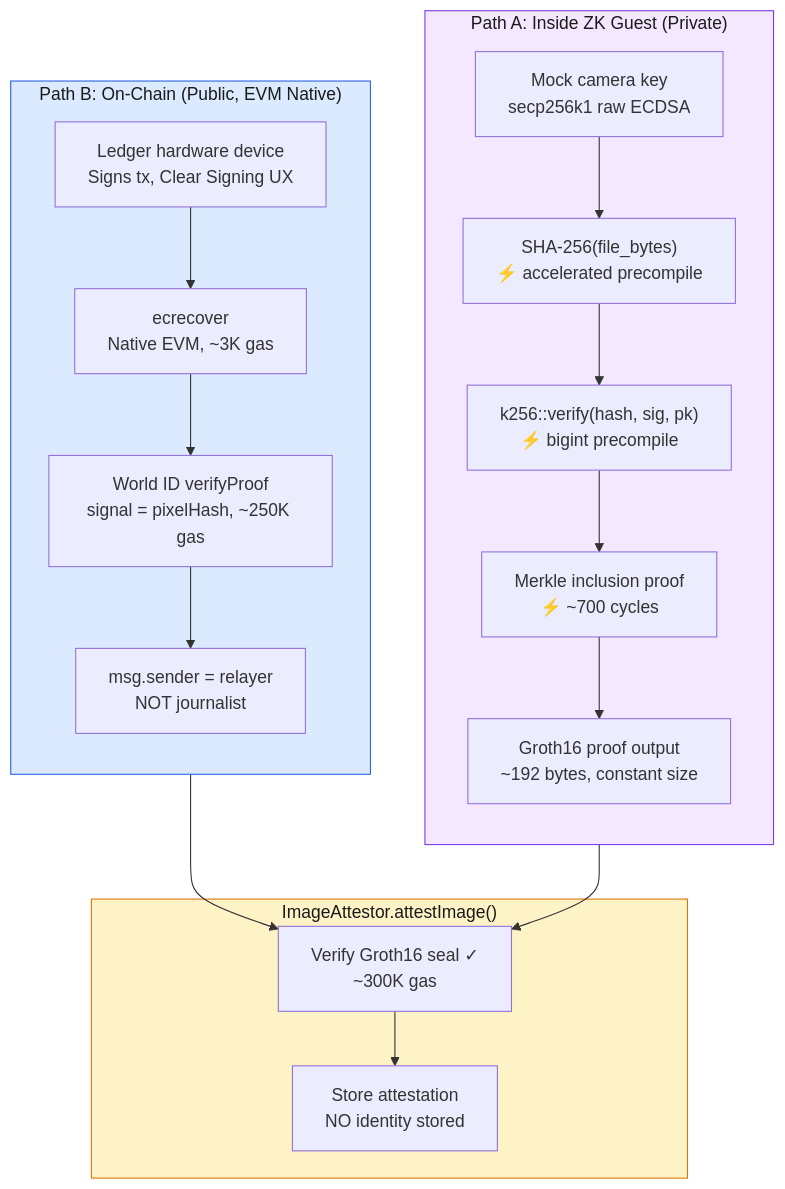
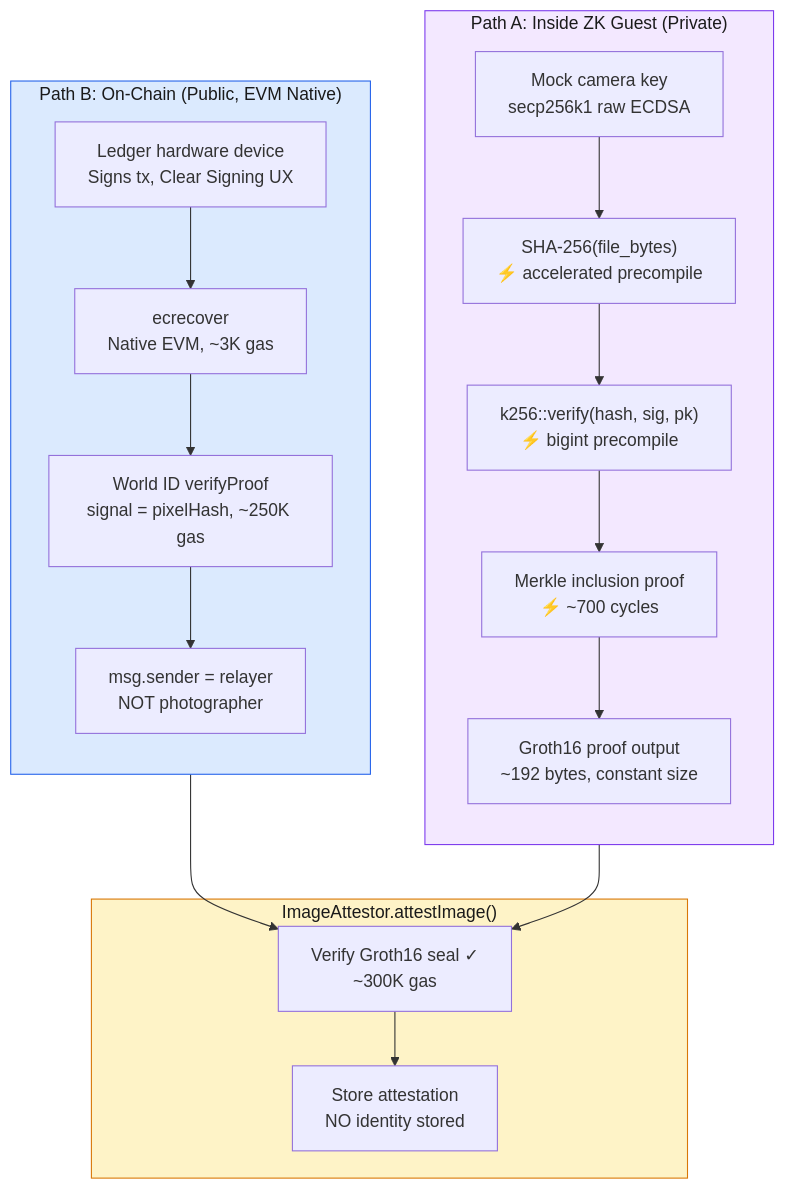
Before and after one commit to pycckuu/proof-frame: the third of 13 diagrams in docs/DIAGRAMS.md, drawn with Mermaid. The commit also changed other lines of this file and 26 other files, not shown here.

````diff
--- a/docs/DIAGRAMS.md
+++ b/docs/DIAGRAMS.md
@@ -115,34 +115,34 @@
 ```mermaid
 graph TB
     subgraph PATH_A["Path A: Inside ZK Guest (Private)"]
         direction TB
         A1[Mock camera key<br/>secp256k1 raw ECDSA]
         A2["SHA-256(file_bytes)<br/>⚡ accelerated precompile"]
         A3["k256::verify(hash, sig, pk)<br/>⚡ bigint precompile"]
         A4["Merkle inclusion proof<br/>⚡ ~700 cycles"]
         A5["Groth16 proof output<br/>~192 bytes, constant size"]
         A1 --> A2 --> A3 --> A4 --> A5
     end
 
     subgraph PATH_B["Path B: On-Chain (Public, EVM Native)"]
         direction TB
         B1["Ledger hardware device<br/>Signs tx, Clear Signing UX"]
         B2["ecrecover<br/>Native EVM, ~3K gas"]
         B3["World ID verifyProof<br/>signal = pixelHash, ~250K gas"]
-        B4["msg.sender = relayer<br/>NOT journalist"]
+        B4["msg.sender = relayer<br/>NOT photographer"]
         B1 --> B2 --> B3 --> B4
     end
 
     subgraph MERGE["ImageAttestor.attestImage()"]
         C1["Verify Groth16 seal ✓<br/>~300K gas"]
         C2["Store attestation<br/>NO identity stored"]
     end
 
     A5 --> C1
     B4 --> C1
     C1 --> C2
 
     style PATH_A fill:#f3e8ff,stroke:#7c3aed,color:#1a1a1a
     style PATH_B fill:#dbeafe,stroke:#2563eb,color:#1a1a1a
     style MERGE fill:#fef3c7,stroke:#d97706,color:#1a1a1a
 ```
````
